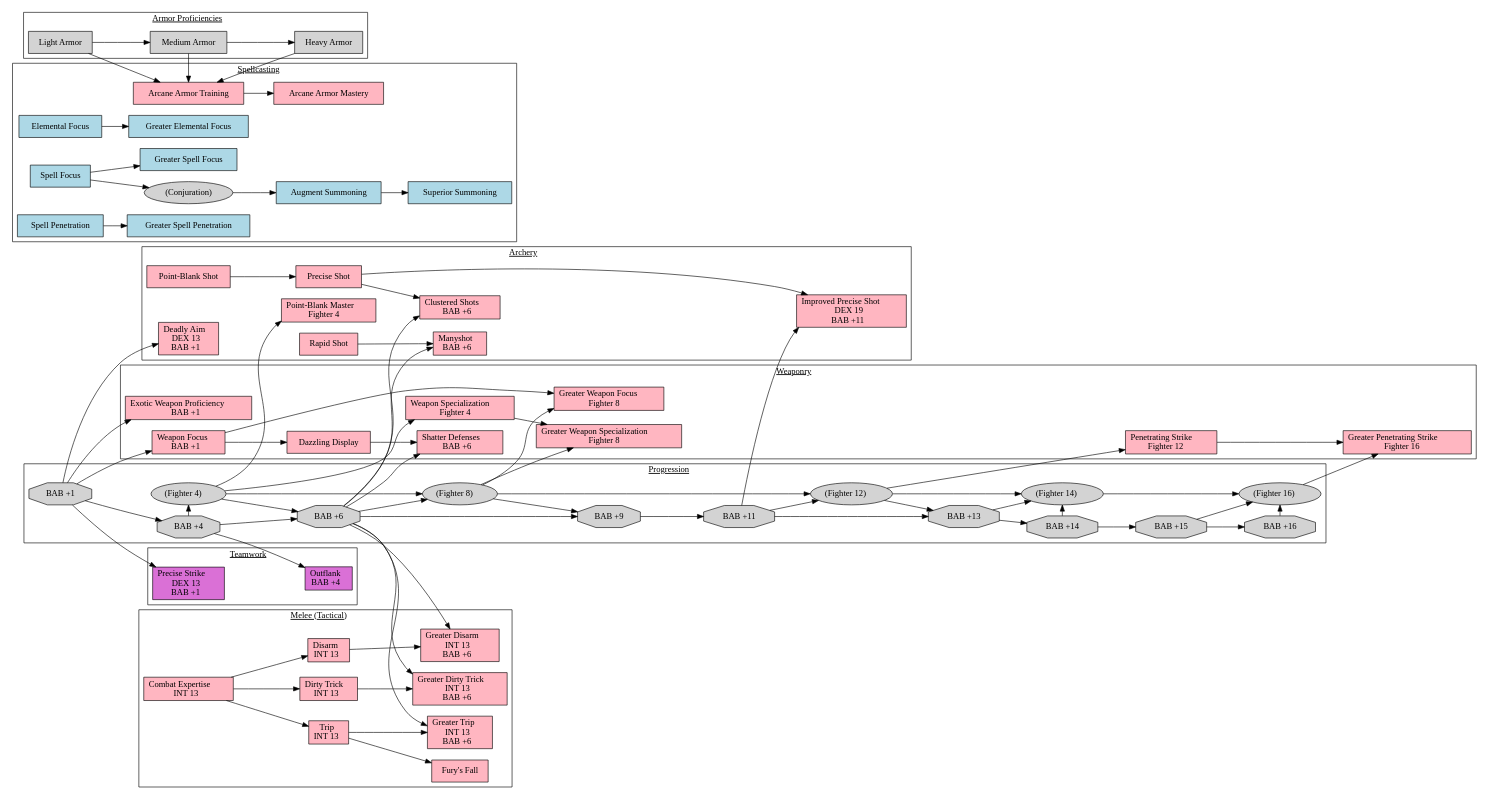
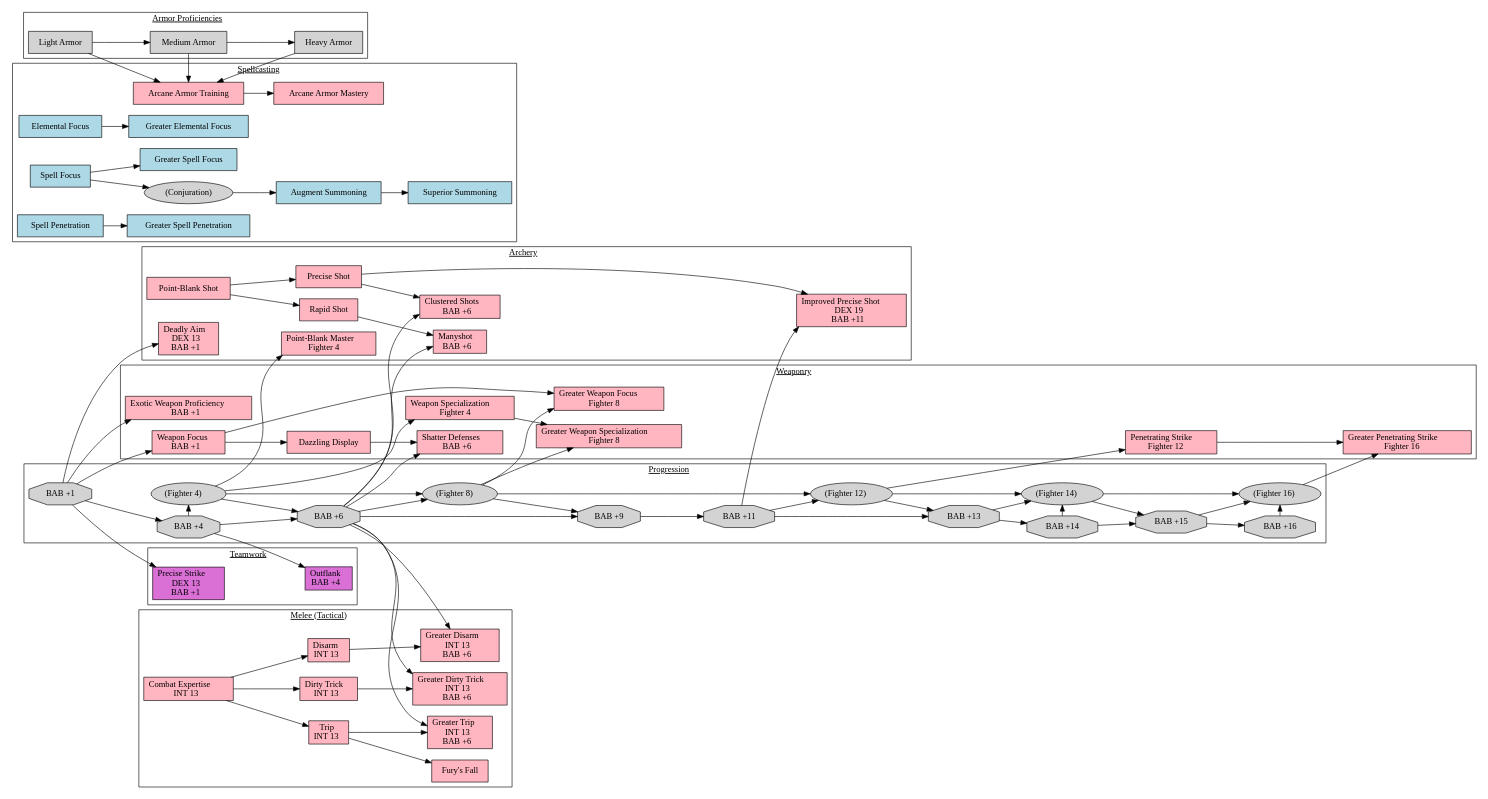
One commit to JAlexLind/PathFinder changed the diagram in Character.dot. Above: the diagram before and after it, drawn with Graphviz.

Commit message:
Fix Rapid Shot prereqs.

```diff
--- a/Character.dot
+++ b/Character.dot
@@ -1,156 +1,157 @@
 digraph Character
 {
   ratio=auto
   rankdir=LR
   newrank=true
   node [shape=rectangle, color=black, style=filled, fillcolor=transparent]
 
 subgraph cluster_bab
 {
   label=<<U>Progression</U>>
   node [shape=octagon, fillcolor=lightgrey]
   "Fighter 4" [shape=oval, label=<(\N)>]
   "Fighter 8" [shape=oval, label=<(\N)>]
   "Fighter 12" [shape=oval, label=<(\N)>]
   "Fighter 14" [shape=oval, label=<(\N)>]
   "Fighter 16" [shape=oval, label=<(\N)>]
   "BAB +1" -> "BAB +4" -> "BAB +6" -> "BAB +9" -> "BAB +11" -> "BAB +13" -> "BAB +14" -> "BAB +15" -> "BAB +16"
   "Fighter 4" -> "Fighter 8" -> "Fighter 12" -> "Fighter 14" -> "Fighter 16"
   "BAB +4" -> "Fighter 4" [constraint=false]
   "Fighter 4" -> "BAB +6"
   "BAB +6" -> "Fighter 8"
   "Fighter 8" -> "BAB +9"
   "BAB +11" -> "Fighter 12"
   "Fighter 12" -> "BAB +13"
   "BAB +13" -> "Fighter 14"
   "BAB +14" -> "Fighter 14" [constraint=false]
+  "Fighter 14" -> "BAB +15"
   "BAB +15" -> "Fighter 16"
   "BAB +16" -> "Fighter 16" [constraint=false]
 }
 
 subgraph cluster_armors
 {
   label=<<U>Armor Proficiencies</U>>
   node [shape=rectangle, fillcolor=lightgrey]
   "Light Armor" -> "Medium Armor" -> "Heavy Armor"
 }
 
 subgraph cluster_teamwork
 {
   label=<<U>Teamwork</U>>
   node [fillcolor=orchid]
 
   "Outflank" [label=<\N<BR/>BAB +4>]
   "BAB +4" -> "Outflank"
 
   "Precise Strike" [label=<\N<BR/>DEX 13<BR/>BAB +1>]
   "BAB +1" -> "Precise Strike"
 }
 
 subgraph cluster_spellcasting
 {
   label=<<U>Spellcasting</U>>
   node [fillcolor=lightblue]
 
   "Elemental Focus" -> "Greater Elemental Focus"
   "Spell Focus" -> "Greater Spell Focus"
   "Spell Penetration" -> "Greater Spell Penetration"
   "(Conjuration)" [shape=oval, fillcolor=lightgrey]
   "Spell Focus" -> "(Conjuration)" -> "Augment Summoning" -> "Superior Summoning"
   "Arcane Armor Training" [fillcolor=lightpink]
   "Arcane Armor Mastery" [fillcolor=lightpink]
   "Light Armor" -> "Arcane Armor Training" [constraint=true]
   "Medium Armor" -> "Arcane Armor Training" [constraint=false]
   "Heavy Armor" -> "Arcane Armor Training" [constraint=false]
   "Arcane Armor Training" -> "Arcane Armor Mastery"
 }
 
 subgraph cluster_weaponry
 {
   label=<<U>Weaponry</U>>
   node [fillcolor=lightpink]
 
   "Exotic Weapon Proficiency" [label=<\N<BR/>BAB +1>]
   "BAB +1" -> "Exotic Weapon Proficiency"
 
   "Weapon Focus" [label=<\N<BR/>BAB +1>]
   "BAB +1" -> "Weapon Focus"
 
   "Weapon Specialization" [label=<\N<BR/>Fighter 4>]
   "Fighter 4" -> "Weapon Specialization"
 
   "Dazzling Display"
   "Weapon Focus" -> "Dazzling Display"
 
   "Shatter Defenses" [label=<\N<BR/>BAB +6>]
   "BAB +6" -> "Shatter Defenses"
   "Dazzling Display" -> "Shatter Defenses"
 
   "Greater Weapon Focus" [label=<\N<BR/>Fighter 8>]
   "Fighter 8" -> "Greater Weapon Focus"
   "Weapon Focus" -> "Greater Weapon Focus"
 
   "Greater Weapon Specialization" [label=<\N<BR/>Fighter 8>]
   "Fighter 8" -> "Greater Weapon Specialization"
   "Weapon Specialization" -> "Greater Weapon Specialization"
 
   "Penetrating Strike" [label=<\N<BR/>Fighter 12>]
   "Fighter 12" -> "Penetrating Strike"
 
   "Greater Penetrating Strike" [label=<\N<BR/>Fighter 16>]
   "Fighter 16" -> "Greater Penetrating Strike"
   "Penetrating Strike" -> "Greater Penetrating Strike"
 }
 
 subgraph cluster_archery
 {
   label=<<U>Archery</U>>
   node [fillcolor=lightpink]
 
   "Point-Blank Shot" -> "Precise Shot"
 
   "Deadly Aim" [label=<\N<BR/>DEX 13<BR/>BAB +1>]
   "BAB +1" -> "Deadly Aim"
 
   "Point-Blank Master" [label=<\N<BR/>Fighter 4>]
   "Fighter 4" -> "Point-Blank Master"
 
   "Clustered Shots" [label=<\N<BR/>BAB +6>]
   "Precise Shot" -> "Clustered Shots"
   "BAB +6" -> "Clustered Shots"
 
   "Rapid Shot"
   "Manyshot" [label=<\N<BR/>BAB +6>]
-  "Rapid Shot" -> "Manyshot"
+  "Point-Blank Shot" -> "Rapid Shot" -> "Manyshot"
   "BAB +6" -> "Manyshot"
 
   "Improved Precise Shot" [label=<\N<BR/>DEX 19<BR/>BAB +11>]
   "Precise Shot" -> "Improved Precise Shot"
   "BAB +11" -> "Improved Precise Shot"
 }
 
 subgraph cluster_combat_int
 {
   label=<<U>Melee (Tactical)</U>>
   node [fillcolor=lightpink]
 
   "Combat Expertise" [label=<\N<BR/>INT 13>]
 
   "Dirty Trick" [label=<\N<BR/>INT 13>]
   "Greater Dirty Trick" [label=<\N<BR/>INT 13<BR/>BAB +6>]
   "Combat Expertise" -> "Dirty Trick" -> "Greater Dirty Trick"
   "BAB +6" -> "Greater Dirty Trick"
 
   "Disarm" [label=<\N<BR/>INT 13>]
   "Greater Disarm" [label=<\N<BR/>INT 13<BR/>BAB +6>]
   "Combat Expertise" -> "Disarm" -> "Greater Disarm"
   "BAB +6" -> "Greater Disarm"
 
   "Trip" [label=<\N<BR/>INT 13>]
   "Greater Trip" [label=<\N<BR/>INT 13<BR/>BAB +6>]
   "Combat Expertise" -> "Trip" -> "Greater Trip"
   "Trip" -> "Fury's Fall"
   "BAB +6" -> "Greater Trip"
 }
 
 }
```
